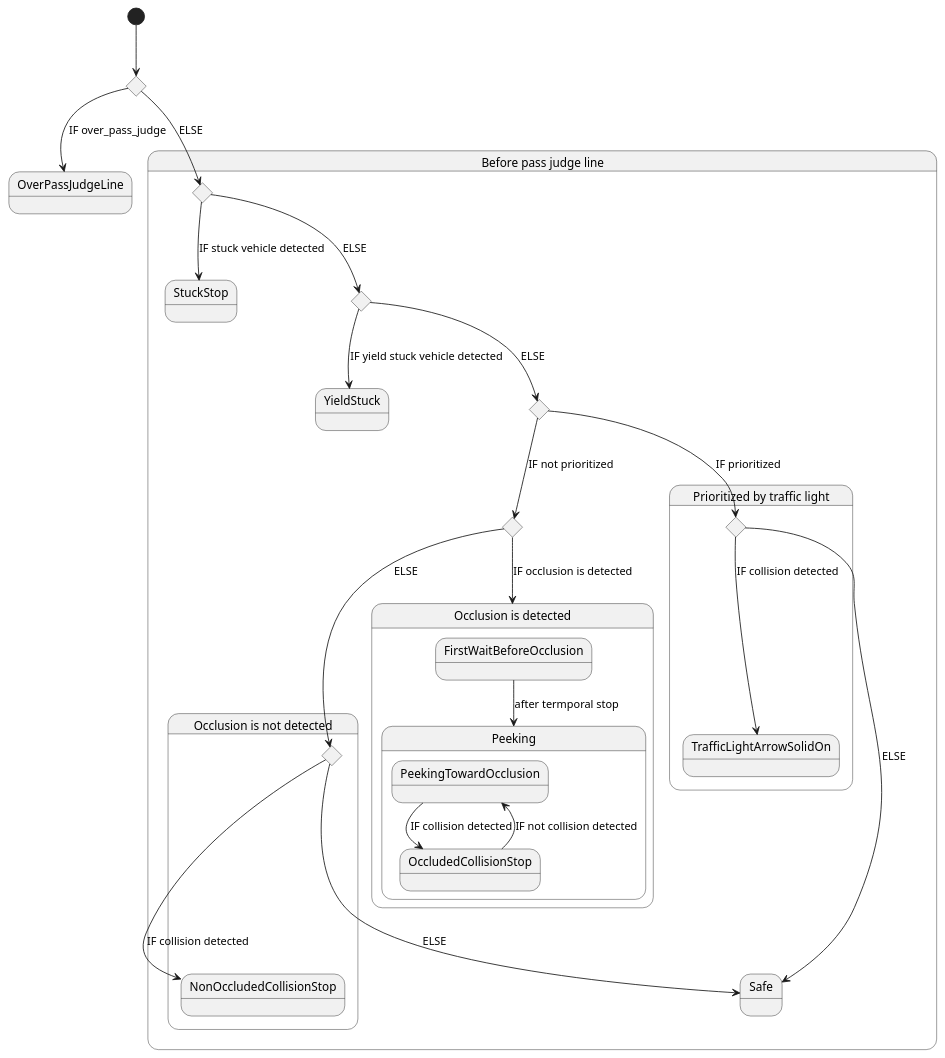
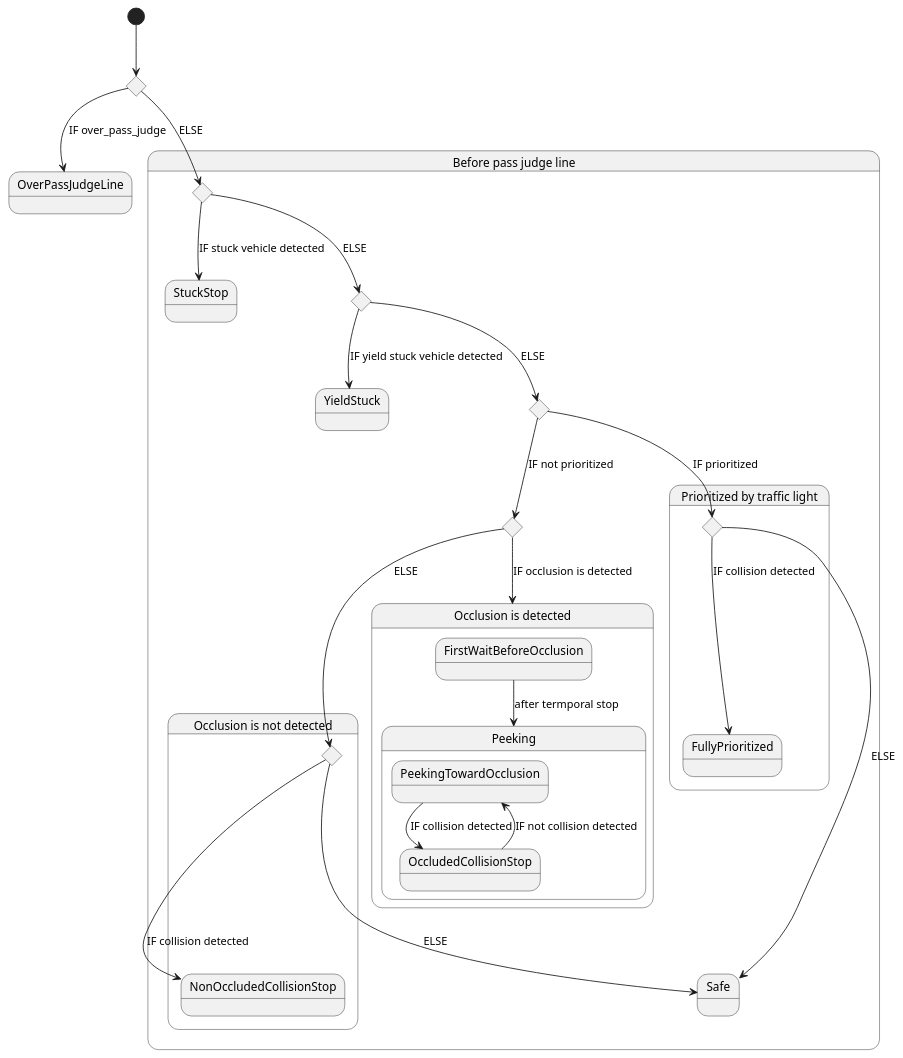
One commit to autowarefoundation/autoware.universe changed the first of 5 diagrams in planning/behavior_velocity_intersection_module/README.md. Above: the diagram before and after it, drawn with PlantUML. The commit also changed other lines of this file and 2 other files, not shown here.

````diff
--- a/planning/behavior_velocity_intersection_module/README.md
+++ b/planning/behavior_velocity_intersection_module/README.md
@@ -123,57 +123,57 @@
 ```plantuml
 @startuml
 
 state begin <<choice>>
 [*] --> begin
 begin --> OverPassJudgeLine: IF over_pass_judge
 
 state "Before pass judge line" as NotOverPassJudgeLine {
 state check_stuck <<choice>>
 begin --> check_stuck: ELSE
 
 check_stuck --> StuckStop: IF stuck vehicle detected
 
 state check_yield_stuck <<choice>>
 check_stuck --> check_yield_stuck: ELSE
 check_yield_stuck --> YieldStuck: IF yield stuck vehicle detected
 
 state check_tl_priority <<choice>>
 check_yield_stuck --> check_tl_priority: ELSE
 
 state check_occlusion <<choice>>
 check_tl_priority --> check_occlusion: IF not prioritized
 
 state Safe
 State "Prioritized by traffic light" as Prioritized {
 state check_collision_prioritized <<choice>>
 check_tl_priority --> check_collision_prioritized: IF prioritized
-State TrafficLightArrowSolidOn
-check_collision_prioritized --> TrafficLightArrowSolidOn: IF collision detected
+State FullyPrioritized
+check_collision_prioritized --> FullyPrioritized: IF collision detected
 check_collision_prioritized --> Safe: ELSE
 }
 
 check_occlusion --> Occlusion: IF occlusion is detected
 
 State "Occlusion is not detected" as NoOcclusion {
 state check_collision <<choice>>
 check_occlusion --> check_collision: ELSE
 State NonOccludedCollisionStop
 check_collision --> Safe: ELSE
 check_collision --> NonOccludedCollisionStop: IF collision detected
 }
 
 State "Occlusion is detected" as Occlusion {
 state FirstWaitBeforeOcclusion
 FirstWaitBeforeOcclusion --> Peeking: after termporal stop
 state Peeking {
 State PeekingTowardOcclusion
 State OccludedCollisionStop
 PeekingTowardOcclusion --> OccludedCollisionStop : IF collision detected
 OccludedCollisionStop --> PeekingTowardOcclusion: IF not collision detected
 }
 }
 
 }
 
 @enduml
 ```
````
